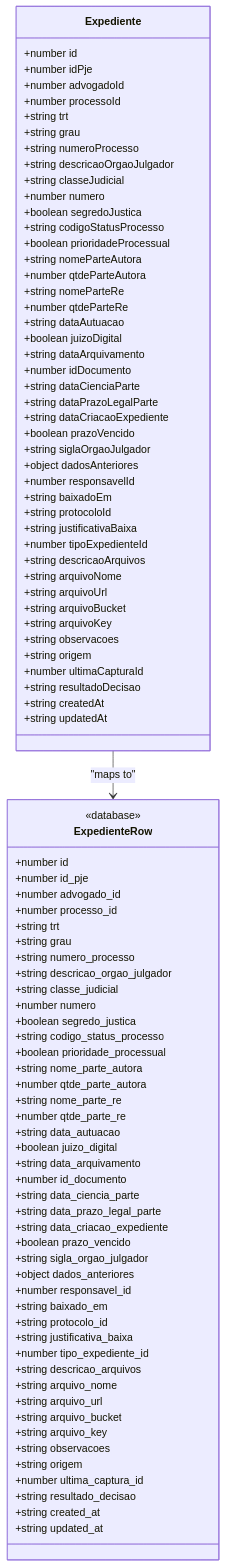
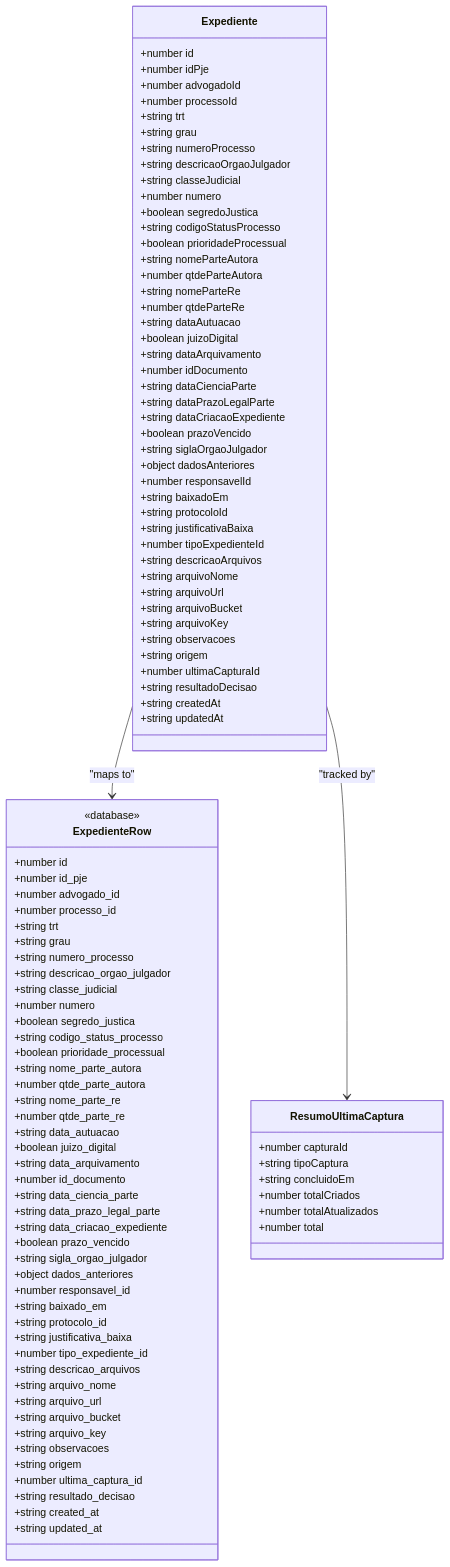
The second of 16 diagrams in .qoder/repowiki/en/content/Legal Process Management System/Automated Data Capture from PJE-TRT Systems/Expedientes Capture Tracking System.md (SinesysTech/zattar-os), drawn with Mermaid before and after one commit. The commit also changed other lines of this file and 6 other files, not shown here.

````diff
--- a/.qoder/repowiki/en/content/Legal Process Management System/Automated Data Capture from PJE-TRT Systems/Expedientes Capture Tracking System.md
+++ b/.qoder/repowiki/en/content/Legal Process Management System/Automated Data Capture from PJE-TRT Systems/Expedientes Capture Tracking System.md
@@ -129,6 +154,14 @@
 +string resultadoDecisao
 +string createdAt
 +string updatedAt
+}
+class ResumoUltimaCaptura {
++number capturaId
++string tipoCaptura
++string concluidoEm
++number totalCriados
++number totalAtualizados
++number total
 }
 class ExpedienteRow {
 <<database>>
@@ -177,4 +210,5 @@
 +string updated_at
 }
 Expediente --> ExpedienteRow : "maps to"
+Expediente --> ResumoUltimaCaptura : "tracked by"
 ```
````
